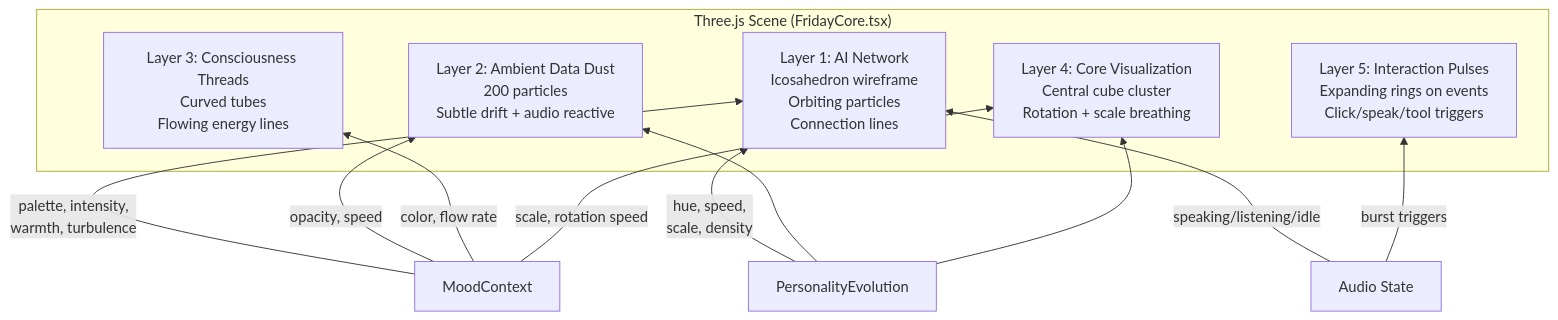
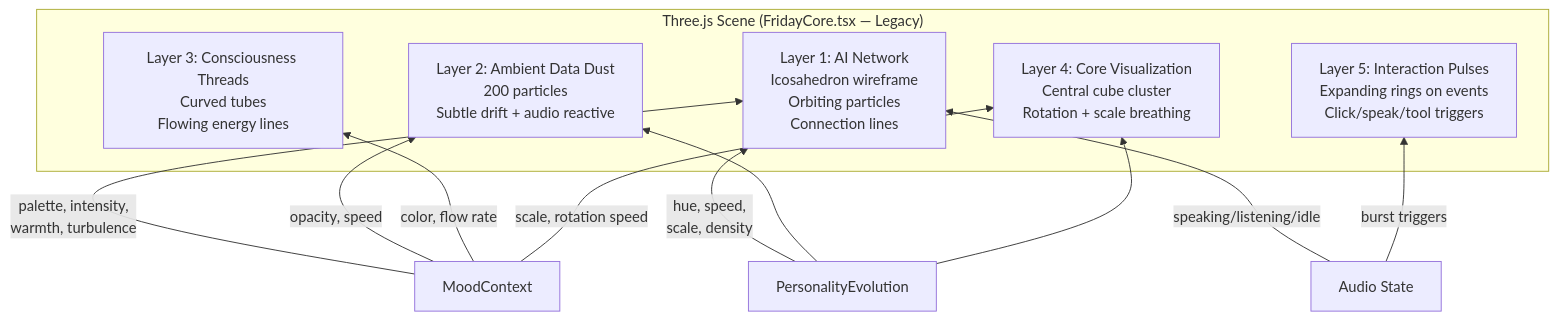
Diagram 17 of 19 in ARCHITECTURE.md (FutureSpeakAI/Agent-Friday), drawn with Mermaid before and after one commit. The commit also changed other lines of this file and 1 other file, not shown here.

First line of the commit message:
docs: add Holographic Desktop and Art Evolution to README + ARCHITECTURE

````diff
--- a/ARCHITECTURE.md
+++ b/ARCHITECTURE.md
@@ -1237,20 +1285,20 @@
 ```mermaid
 graph BT
-    subgraph "Three.js Scene (FridayCore.tsx)"
+    subgraph "Three.js Scene (FridayCore.tsx — Legacy)"
         L1[Layer 1: AI Network<br/>Icosahedron wireframe<br/>Orbiting particles<br/>Connection lines]
         L2[Layer 2: Ambient Data Dust<br/>200 particles<br/>Subtle drift + audio reactive]
         L3[Layer 3: Consciousness Threads<br/>Curved tubes<br/>Flowing energy lines]
         L4[Layer 4: Core Visualization<br/>Central cube cluster<br/>Rotation + scale breathing]
         L5[Layer 5: Interaction Pulses<br/>Expanding rings on events<br/>Click/speak/tool triggers]
     end
 
     MOOD[MoodContext] -->|palette, intensity,<br/>warmth, turbulence| L1
     MOOD -->|opacity, speed| L2
     MOOD -->|color, flow rate| L3
     MOOD -->|scale, rotation speed| L4
     AUDIO[Audio State] -->|speaking/listening/idle| L1
     AUDIO -->|burst triggers| L5
     EVOLVE[PersonalityEvolution] -->|hue, speed,<br/>scale, density| L1
     EVOLVE --> L2
     EVOLVE --> L4
 ```
````
